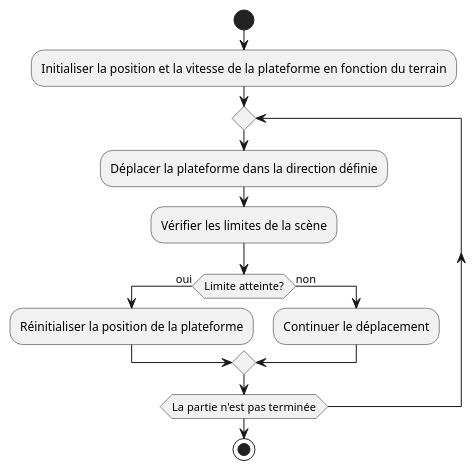
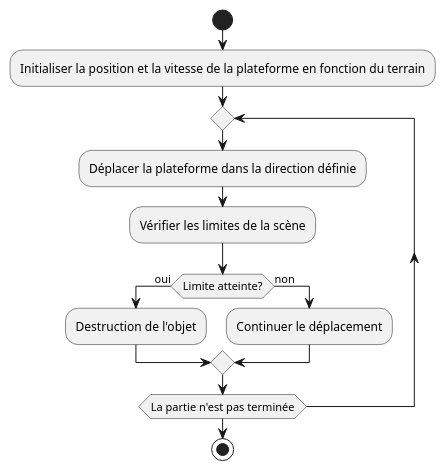
Before and after one commit to LosVerinos/Crossy-Road: the diagram in Analyse/ActivityDiagram/moovingPlatform.puml, drawn with PlantUML. The commit also changed 5 other files, not shown here.

Commit message:
review des diagrammes d'activités

```diff
--- a/Analyse/ActivityDiagram/moovingPlatform.puml
+++ b/Analyse/ActivityDiagram/moovingPlatform.puml
@@ -1,14 +1,14 @@
 @startuml MoovingPlatformActivity
 start
 :Initialiser la position et la vitesse de la plateforme en fonction du terrain;
 repeat
   :Déplacer la plateforme dans la direction définie;
   :Vérifier les limites de la scène;
   if (Limite atteinte?) then (oui)
-    :Réinitialiser la position de la plateforme;
+    :Destruction de l'objet;
   else (non)
     :Continuer le déplacement;
   endif
 repeat while (La partie n'est pas terminée)
 stop
 @enduml
```
